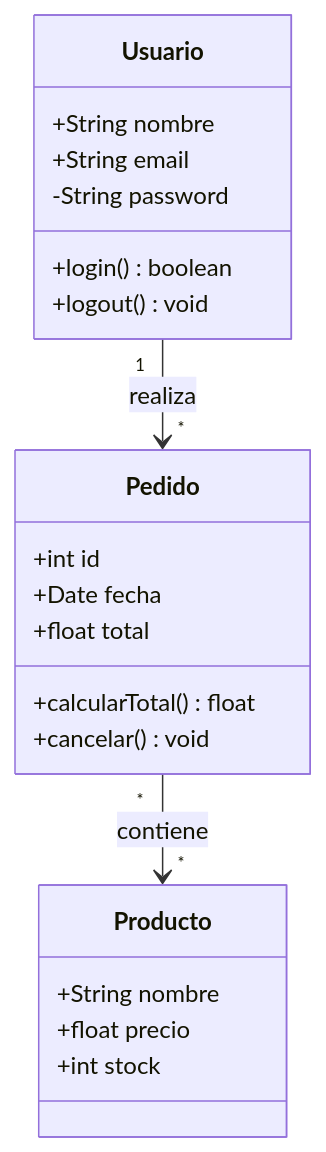
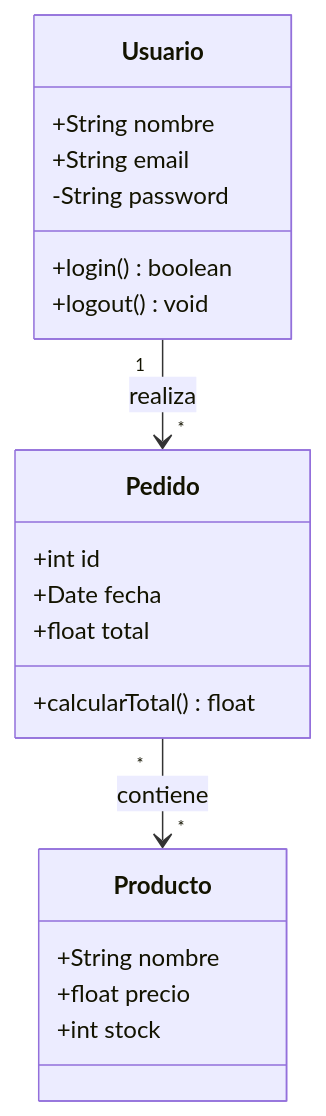
The fourth of 16 diagrams in DIALOGO-PRESENTACION.md (angelnoelduranflorez/mermaid-presentation), drawn with Mermaid before and after one commit. The commit also changed other lines of this file and 2 other files, not shown here.

````diff
--- a/DIALOGO-PRESENTACION.md
+++ b/DIALOGO-PRESENTACION.md
@@ -332,27 +332,26 @@
 ```mermaid
 classDiagram
     class Usuario {
         +String nombre
         +String email
         -String password
         +login() boolean
         +logout() void
     }
     
     class Pedido {
         +int id
         +Date fecha
         +float total
         +calcularTotal() float
-        +cancelar() void
     }
     
     class Producto {
         +String nombre
         +float precio
         +int stock
     }
     
     Usuario "1" --> "*" Pedido : realiza
     Pedido "*" --> "*" Producto : contiene
 ```
````
